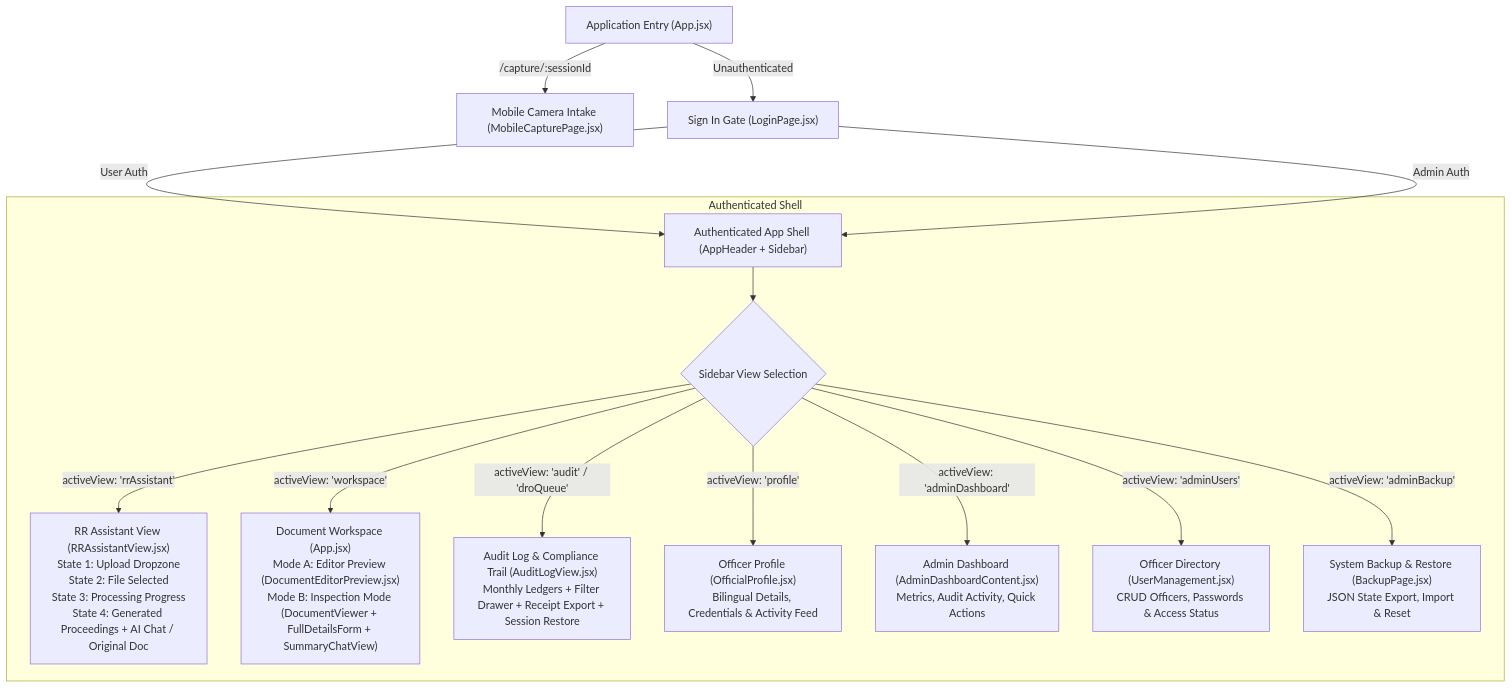
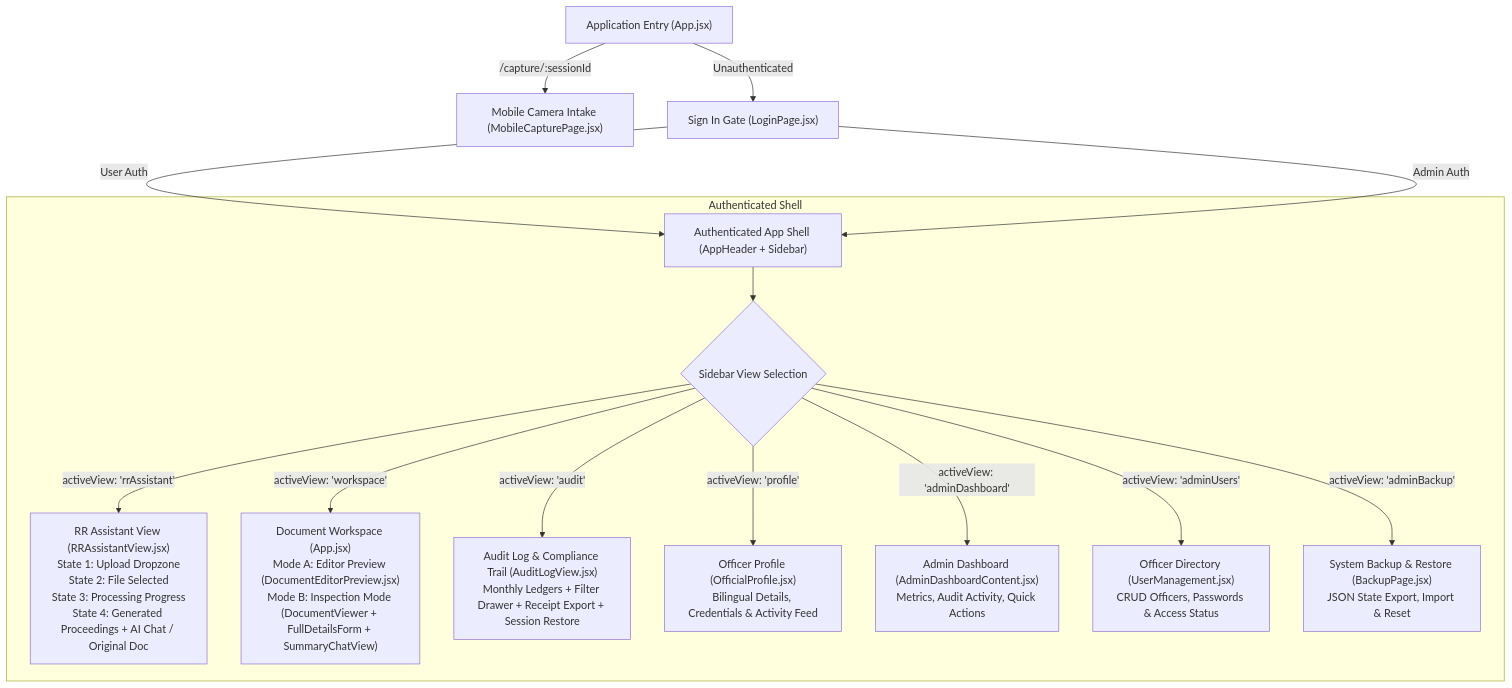
Before and after one commit to Balahariharan003/POC-RR-2-PROCEEDINGS: the diagram in product-documentation/08-UI-UX-DESIGN.md, drawn with Mermaid. The commit also changed other lines of this file and 17 other files, not shown here.

````diff
--- a/product-documentation/08-UI-UX-DESIGN.md
+++ b/product-documentation/08-UI-UX-DESIGN.md
@@ -50,35 +50,35 @@
 ```mermaid
 graph TD
     Root["Application Entry (App.jsx)"]
     
     %% Route 0: Public Mobile Intake
     Root -->|"/capture/:sessionId"| MobileCapture["Mobile Camera Intake (MobileCapturePage.jsx)"]
     
     %% Route 1: Auth Gate
     Root -->|Unauthenticated| Login["Sign In Gate (LoginPage.jsx)"]
     
     %% Authenticated App Shell
     Login -->|User Auth| AppShell["Authenticated App Shell (AppHeader + Sidebar)"]
     Login -->|Admin Auth| AppShell
     
     subgraph Authenticated Shell
         AppShell --> Nav{"Sidebar View Selection"}
         
         %% Officer Primary Flow
         Nav -->|activeView: 'rrAssistant'| RRAssistant["RR Assistant View (RRAssistantView.jsx)<br/>State 1: Upload Dropzone<br/>State 2: File Selected<br/>State 3: Processing Progress<br/>State 4: Generated Proceedings + AI Chat / Original Doc"]
         
         %% Workspace Flow
         Nav -->|activeView: 'workspace'| Workspace["Document Workspace (App.jsx)<br/>Mode A: Editor Preview (DocumentEditorPreview.jsx)<br/>Mode B: Inspection Mode (DocumentViewer + FullDetailsForm + SummaryChatView)"]
         
         %% Audit Flow
-        Nav -->|activeView: 'audit' / 'droQueue'| AuditLogs["Audit Log & Compliance Trail (AuditLogView.jsx)<br/>Monthly Ledgers + Filter Drawer + Receipt Export + Session Restore"]
+        Nav -->|activeView: 'audit'| AuditLogs["Audit Log & Compliance Trail (AuditLogView.jsx)<br/>Monthly Ledgers + Filter Drawer + Receipt Export + Session Restore"]
         
         %% Profile Flow
         Nav -->|activeView: 'profile'| Profile["Officer Profile (OfficialProfile.jsx)<br/>Bilingual Details, Credentials & Activity Feed"]
         
         %% Admin Specific Views
         Nav -->|activeView: 'adminDashboard'| AdminDash["Admin Dashboard (AdminDashboardContent.jsx)<br/>Metrics, Audit Activity, Quick Actions"]
         Nav -->|activeView: 'adminUsers'| AdminUsers["Officer Directory (UserManagement.jsx)<br/>CRUD Officers, Passwords & Access Status"]
         Nav -->|activeView: 'adminBackup'| AdminBackup["System Backup & Restore (BackupPage.jsx)<br/>JSON State Export, Import & Reset"]
     end
 ```
````
